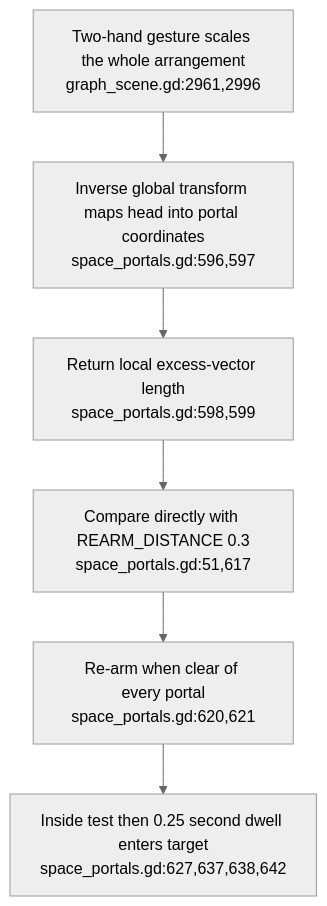
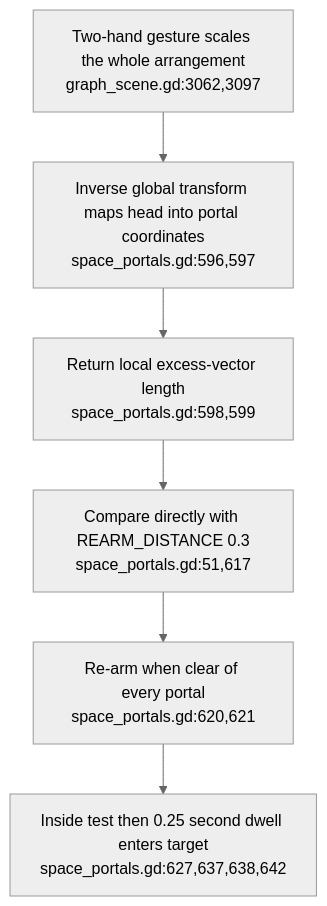
One commit to DreamLab-AI/VisionFlow changed the second of 3 diagrams in docs/diagrams/visionclaw/47-portal-entry-and-scaled-walkthrough.md. Above: the diagram before and after it, drawn with Mermaid (neutral theme). The commit also changed other lines of this file and 67 other files, not shown here.

````diff
--- a/docs/diagrams/visionclaw/47-portal-entry-and-scaled-walkthrough.md
+++ b/docs/diagrams/visionclaw/47-portal-entry-and-scaled-walkthrough.md
@@ -40,8 +40,8 @@
 ```mermaid
 flowchart TD
-    HAND["Two-hand gesture scales the whole arrangement<br/>graph_scene.gd:2961,2996"] --> INV["Inverse global transform maps head into portal coordinates<br/>space_portals.gd:596,597"]
+    HAND["Two-hand gesture scales the whole arrangement<br/>graph_scene.gd:3062,3097"] --> INV["Inverse global transform maps head into portal coordinates<br/>space_portals.gd:596,597"]
     INV --> DIST["Return local excess-vector length<br/>space_portals.gd:598,599"]
     DIST --> LIMIT["Compare directly with REARM_DISTANCE 0.3<br/>space_portals.gd:51,617"]
     LIMIT --> ARM["Re-arm when clear of every portal<br/>space_portals.gd:620,621"]
     ARM --> DWELL["Inside test then 0.25 second dwell enters target<br/>space_portals.gd:627,637,638,642"]
 ```
````
